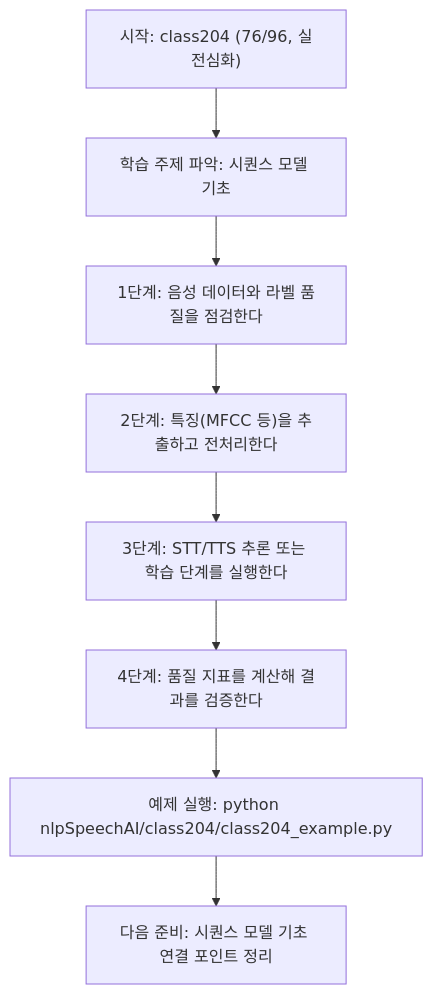
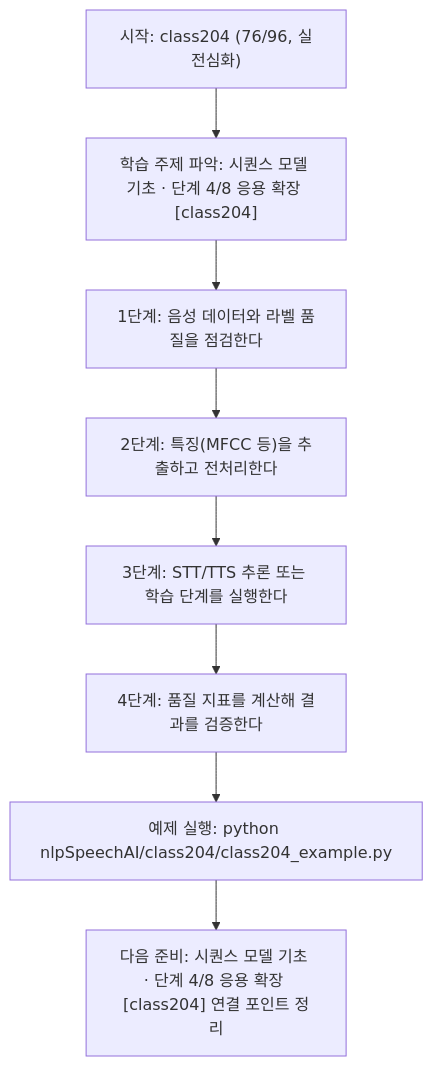
The diagram in nlpSpeechAI/class204/class204.md (edumgt/Python-AI_Agent-Class), drawn with Mermaid before and after one commit. The commit also changed other lines of this file and 522 other files, not shown here.

````diff
--- a/nlpSpeechAI/class204/class204.md
+++ b/nlpSpeechAI/class204/class204.md
@@ -113,18 +114,18 @@
 ```mermaid
 flowchart TD
 N1["시작: class204 (76/96, 실전심화)"]
-N2["학습 주제 파악: 시퀀스 모델 기초"]
+N2["학습 주제 파악: 시퀀스 모델 기초 · 단계 4/8 응용 확장 [class204]"]
 N3["1단계: 음성 데이터와 라벨 품질을 점검한다"]
 N4["2단계: 특징(MFCC 등)을 추출하고 전처리한다"]
 N5["3단계: STT/TTS 추론 또는 학습 단계를 실행한다"]
 N6["4단계: 품질 지표를 계산해 결과를 검증한다"]
 N7["예제 실행: python nlpSpeechAI/class204/class204_example.py"]
-N8["다음 준비: 시퀀스 모델 기초 연결 포인트 정리"]
+N8["다음 준비: 시퀀스 모델 기초 · 단계 4/8 응용 확장 [class204] 연결 포인트 정리"]
 N1 --> N2
 N2 --> N3
 N3 --> N4
 N4 --> N5
 N5 --> N6
 N6 --> N7
 N7 --> N8
 ```
````
